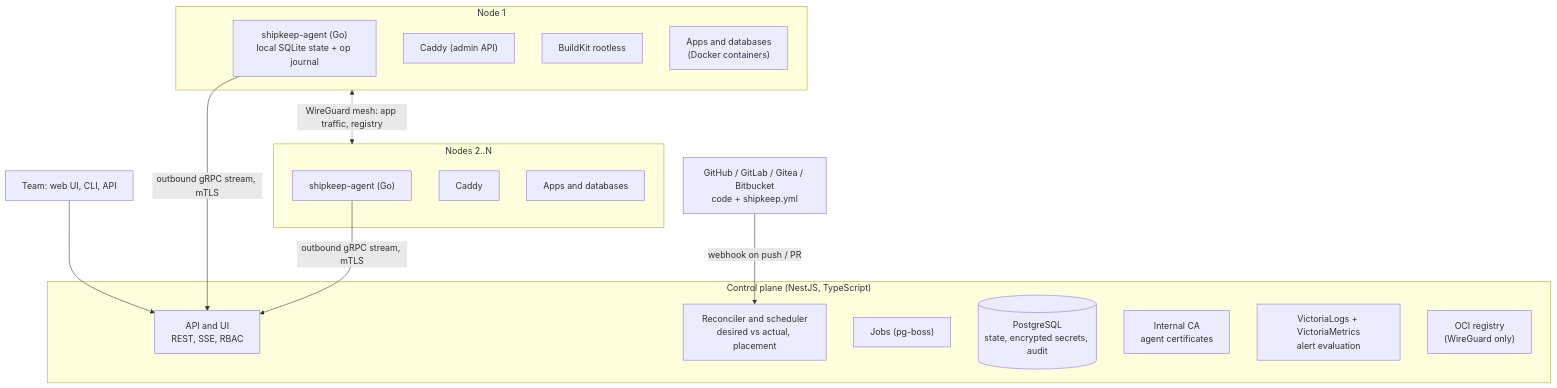
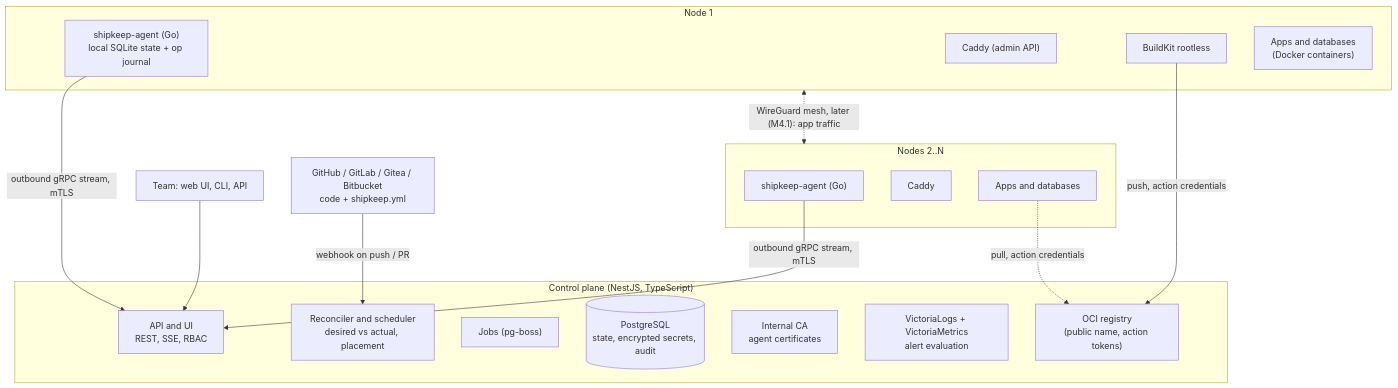
Before and after one commit to shipkeepdev/shipkeep: the diagram in docs/ARCHITECTURE.md, drawn with Mermaid. The commit also changed other lines of this file and 4 other files, not shown here.

Commit message:
docs(adr): registry credentials, build egress and webhook replay hold up

````diff
--- a/docs/ARCHITECTURE.md
+++ b/docs/ARCHITECTURE.md
@@ -7,32 +7,34 @@
 ```mermaid
 flowchart TB
   team["Team: web UI, CLI, API"] --> api
   git["GitHub / GitLab / Gitea / Bitbucket<br/>code + shipkeep.yml"] -- "webhook on push / PR" --> recon
 
   subgraph cp["Control plane (NestJS, TypeScript)"]
     api["API and UI<br/>REST, SSE, RBAC"]
     recon["Reconciler and scheduler<br/>desired vs actual, placement"]
     jobs["Jobs (pg-boss)"]
     pg[("PostgreSQL<br/>state, encrypted secrets, audit")]
     ca["Internal CA<br/>agent certificates"]
     obs["VictoriaLogs + VictoriaMetrics<br/>alert evaluation"]
-    reg["OCI registry<br/>(WireGuard only)"]
+    reg["OCI registry<br/>(public name, action tokens)"]
   end
 
   subgraph n1["Node 1"]
     a1["shipkeep-agent (Go)<br/>local SQLite state + op journal"]
     c1["Caddy (admin API)"]
     b1["BuildKit rootless"]
     w1["Apps and databases<br/>(Docker containers)"]
   end
 
   subgraph n2["Nodes 2..N"]
     a2["shipkeep-agent (Go)"]
     c2["Caddy"]
     w2["Apps and databases"]
   end
 
   a1 -- "outbound gRPC stream, mTLS" --> api
   a2 -- "outbound gRPC stream, mTLS" --> api
-  n1 <-. "WireGuard mesh: app traffic, registry" .-> n2
+  b1 -- "push, action credentials" --> reg
+  w2 -. "pull, action credentials" .-> reg
+  n1 <-. "WireGuard mesh, later (M4.1): app traffic" .-> n2
 ```
````
